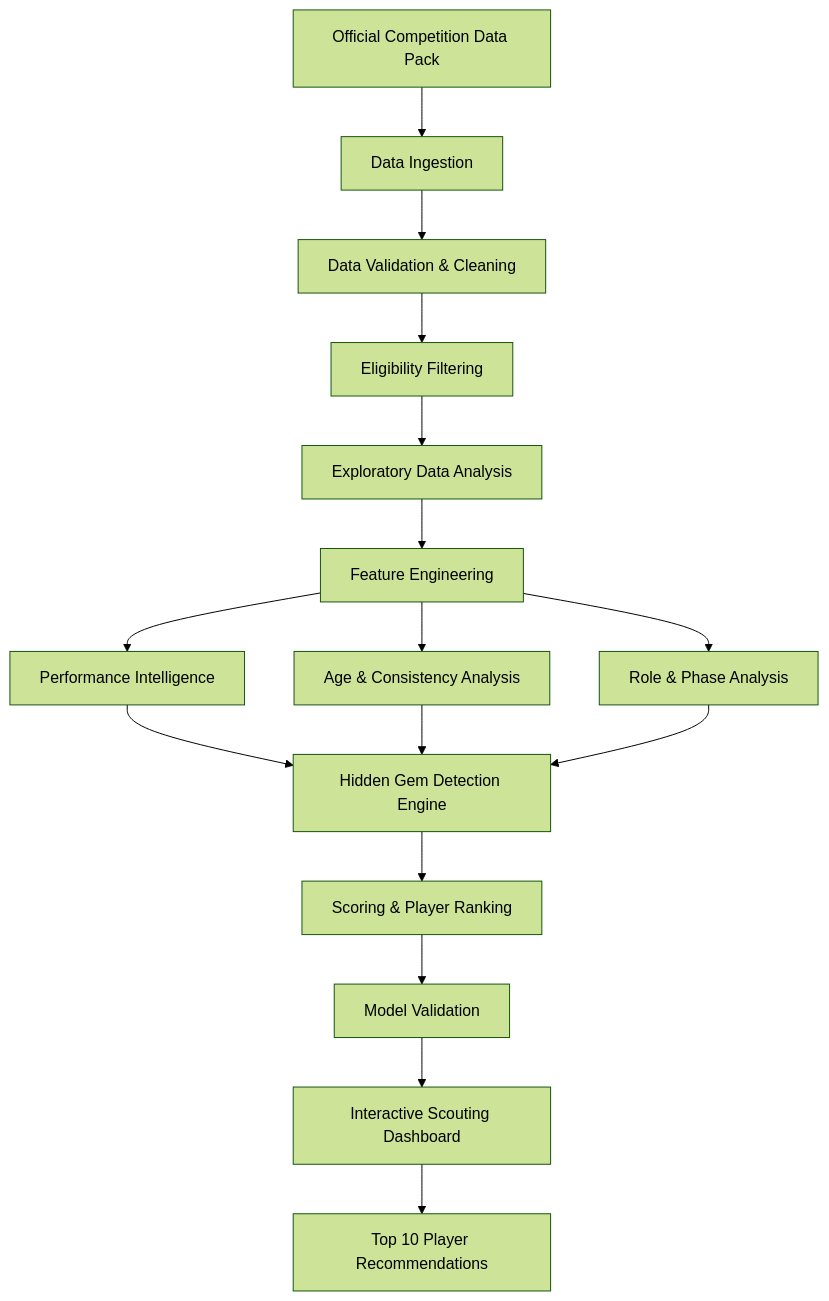
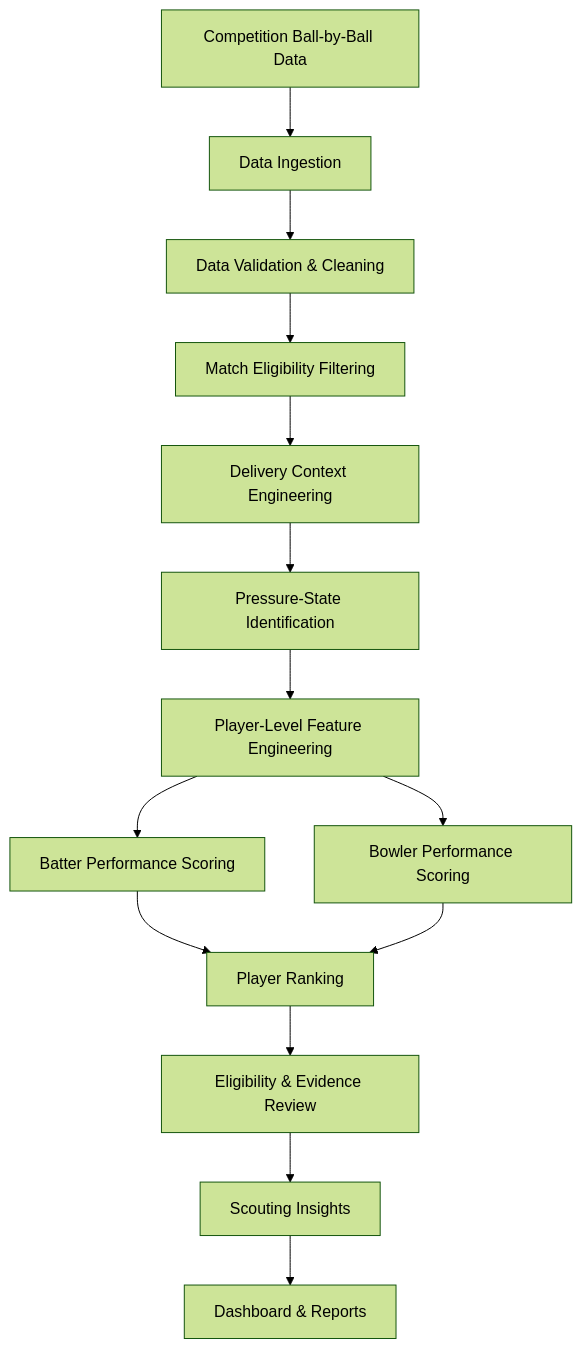
Before and after one commit to AnkanXcoder/RR-GemHunters: the diagram in README.md, drawn with Mermaid (forest theme). The commit also changed other lines of this file, not shown here.

````diff
--- a/README.md
+++ b/README.md
@@ -94,18 +169,16 @@
 ```mermaid
 flowchart TD
-    A["Official Competition Data Pack"] --> B["Data Ingestion"]
+    A["Competition Ball-by-Ball Data"] --> B["Data Ingestion"]
     B --> C["Data Validation & Cleaning"]
-    C --> D["Eligibility Filtering"]
-    D --> E["Exploratory Data Analysis"]
-    E --> F["Feature Engineering"]
-    F --> G["Performance Intelligence"]
-    F --> H["Age & Consistency Analysis"]
-    F --> I["Role & Phase Analysis"]
-    G --> J["Hidden Gem Detection Engine"]
-    H --> J
+    C --> D["Match Eligibility Filtering"]
+    D --> E["Delivery Context Engineering"]
+    E --> F["Pressure-State Identification"]
+    F --> G["Player-Level Feature Engineering"]
+    G --> H["Batter Performance Scoring"]
+    G --> I["Bowler Performance Scoring"]
+    H --> J["Player Ranking"]
     I --> J
-    J --> K["Scoring & Player Ranking"]
-    K --> L["Model Validation"]
-    L --> M["Interactive Scouting Dashboard"]
-    M --> N["Top 10 Player Recommendations"]
+    J --> K["Eligibility & Evidence Review"]
+    K --> L["Scouting Insights"]
+    L --> M["Dashboard & Reports"]
 ```
````
